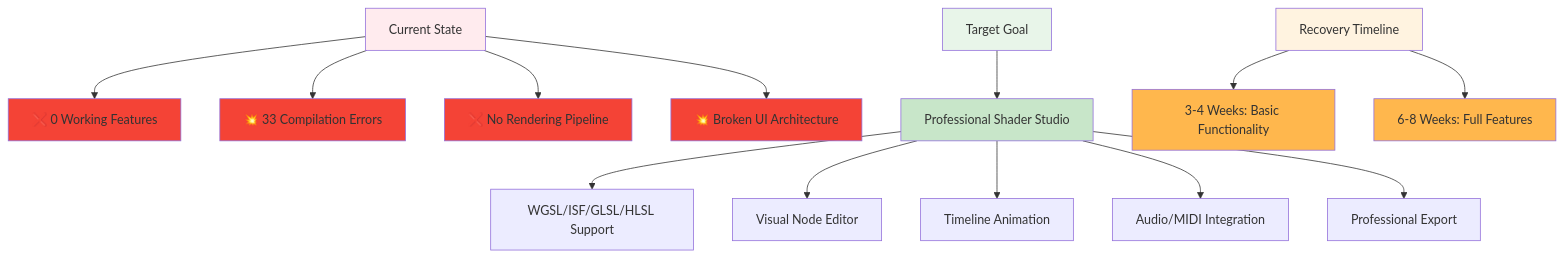
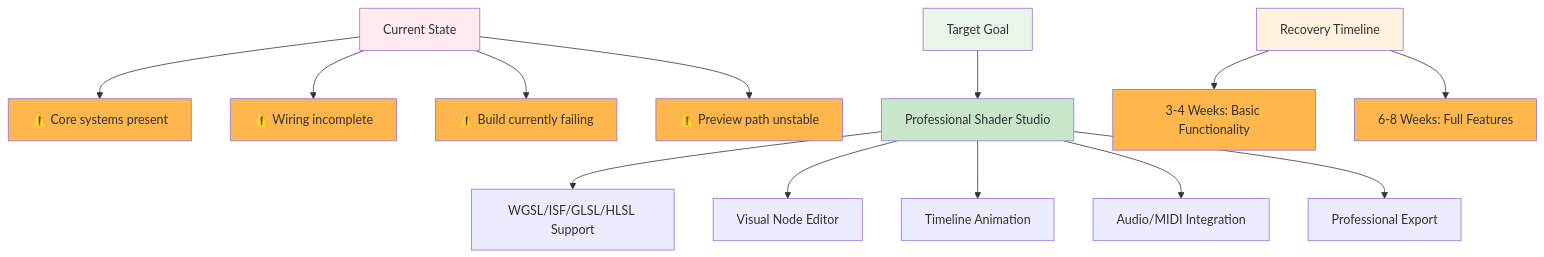
One commit to compiling-org/WGSL-Shader-Studio changed the first of 13 diagrams in docs/WGSL_Shader_Studio_Feature_Implementation_PRD_CURRENT.md. Above: the diagram before and after it, drawn with Mermaid. The commit also changed other lines of this file and 51 other files, not shown here.

````diff
--- a/docs/WGSL_Shader_Studio_Feature_Implementation_PRD_CURRENT.md
+++ b/docs/WGSL_Shader_Studio_Feature_Implementation_PRD_CURRENT.md
@@ -5,28 +5,28 @@
 ```mermaid
 graph TD
-    A[Current State] --> B[❌ 0 Working Features]
-    A --> C[💥 33 Compilation Errors]
-    A --> D[❌ No Rendering Pipeline]
-    A --> E[💥 Broken UI Architecture]
+    A[Current State] --> B[⚠️ Core systems present]
+    A --> C[⚠️ Wiring incomplete]
+    A --> D[⚠️ Build currently failing]
+    A --> E[⚠️ Preview path unstable]
     
     F[Target Goal] --> G[Professional Shader Studio]
     G --> H[WGSL/ISF/GLSL/HLSL Support]
     G --> I[Visual Node Editor]
     G --> J[Timeline Animation]
     G --> K[Audio/MIDI Integration]
     G --> L[Professional Export]
     
     M[Recovery Timeline] --> N[3-4 Weeks: Basic Functionality]
     M --> O[6-8 Weeks: Full Features]
     
     style A fill:#ffebee
-    style B fill:#f44336
-    style C fill:#f44336
-    style D fill:#f44336
-    style E fill:#f44336
+    style B fill:#ffb74d
+    style C fill:#ffb74d
+    style D fill:#ffb74d
+    style E fill:#ffb74d
     style F fill:#e8f5e9
     style G fill:#c8e6c9
     style M fill:#fff3e0
     style N fill:#ffb74d
     style O fill:#ffb74d
 ```
````
